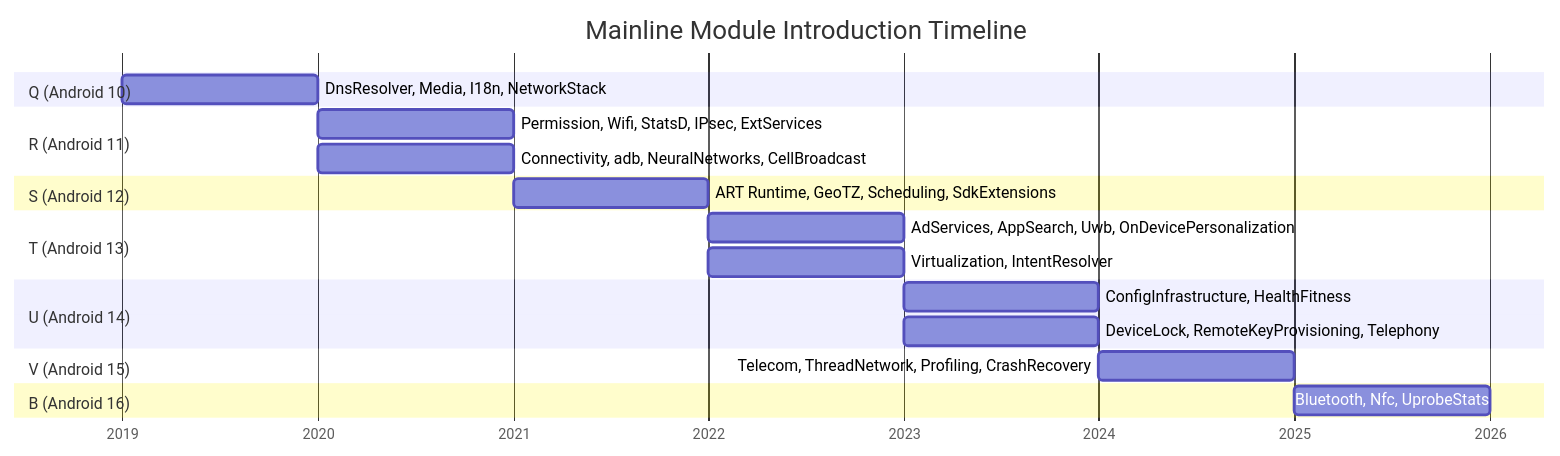
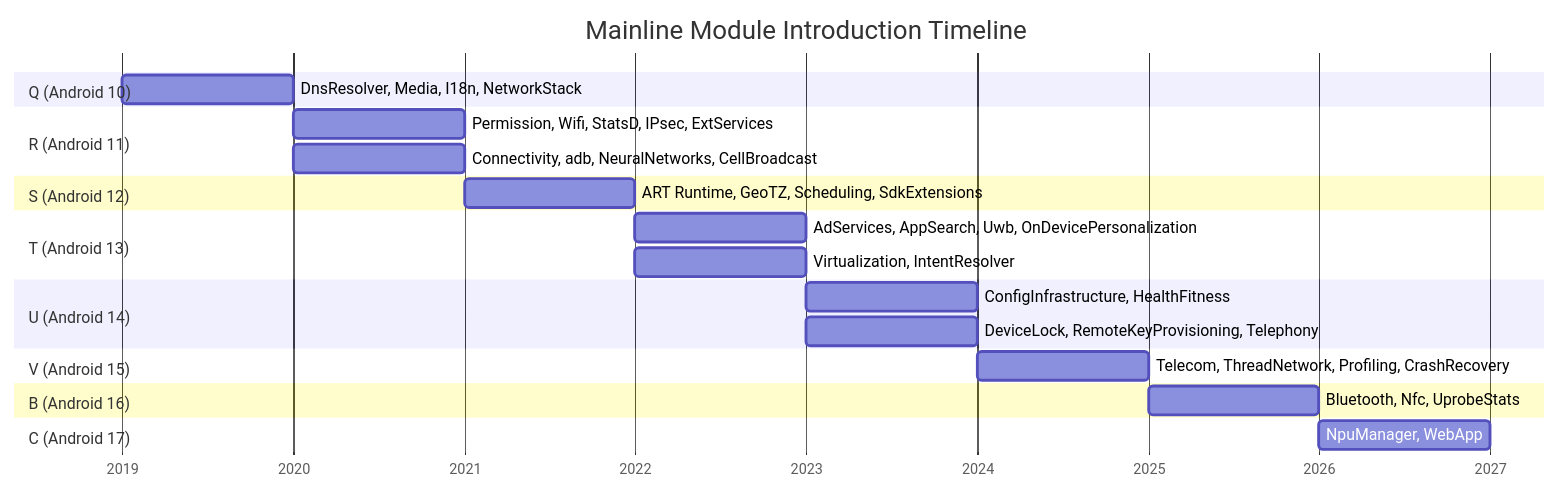
One commit to aospbooks/aosp-internal-book changed the seventh of 21 diagrams in 52-mainline-modules.md. Above: the diagram before and after it, drawn with Mermaid. The commit also changed other lines of this file and 232 other files, not shown here.

First line of the commit message:
Polish entire book for Android 17; add SDV, NPU Manager, LFI chapters

````diff
--- a/52-mainline-modules.md
+++ b/52-mainline-modules.md
@@ -1625,30 +1677,33 @@
 ```mermaid
 gantt
     title Mainline Module Introduction Timeline
     dateFormat YYYY
     axisFormat %Y
 
     section Q (Android 10)
     DnsResolver, Media, I18n, NetworkStack : 2019, 1y
 
     section R (Android 11)
     Permission, Wifi, StatsD, IPsec, ExtServices : 2020, 1y
     Connectivity, adb, NeuralNetworks, CellBroadcast : 2020, 1y
 
     section S (Android 12)
     ART Runtime, GeoTZ, Scheduling, SdkExtensions : 2021, 1y
 
     section T (Android 13)
     AdServices, AppSearch, Uwb, OnDevicePersonalization : 2022, 1y
     Virtualization, IntentResolver : 2022, 1y
 
     section U (Android 14)
     ConfigInfrastructure, HealthFitness : 2023, 1y
     DeviceLock, RemoteKeyProvisioning, Telephony : 2023, 1y
 
     section V (Android 15)
     Telecom, ThreadNetwork, Profiling, CrashRecovery : 2024, 1y
 
     section B (Android 16)
     Bluetooth, Nfc, UprobeStats : 2025, 1y
+
+    section C (Android 17)
+    NpuManager, WebApp : 2026, 1y
 ```
````
